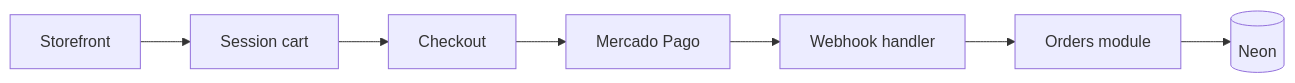
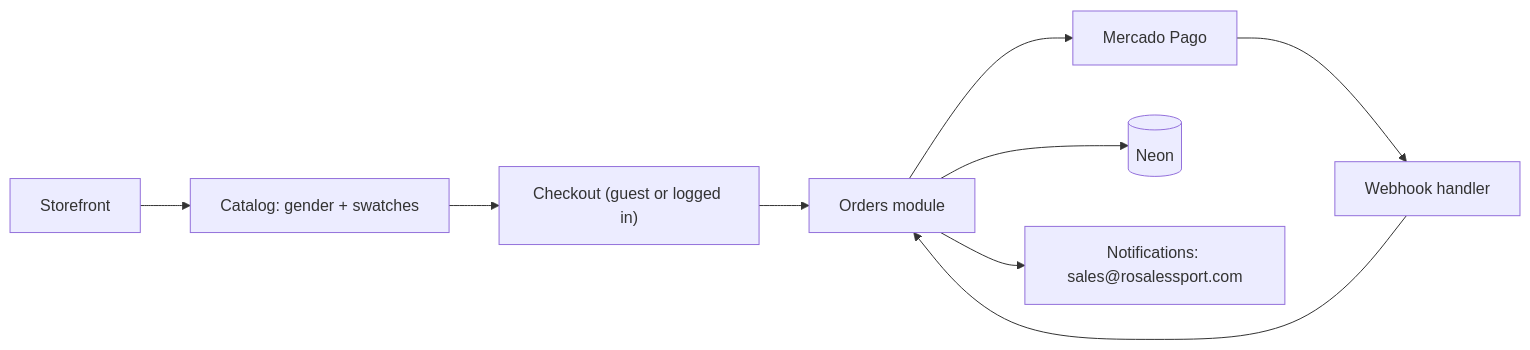
The fourth of 5 diagrams in docs/architecture/03-staged-delivery-roadmap.md (Eliath1/Rosales_Sport), drawn with Mermaid before and after one commit. The commit also changed other lines of this file and 484 other files, not shown here.

First line of the commit message:
Add Next.js CRM app, complete Stage D demo build-out, and architecture docs

````diff
--- a/docs/architecture/03-staged-delivery-roadmap.md
+++ b/docs/architecture/03-staged-delivery-roadmap.md
@@ -189,9 +195,11 @@
 ```mermaid
 flowchart LR
-  Store[Storefront] --> Cart[Session cart]
-  Cart --> Checkout[Checkout]
-  Checkout --> MP[Mercado Pago]
+  Store[Storefront] --> Catalog2["Catalog: gender + swatches"]
+  Catalog2 --> Checkout["Checkout (guest or logged in)"]
+  Checkout --> Orders[Orders module]
+  Orders --> MP[Mercado Pago]
   MP --> WH[Webhook handler]
-  WH --> Orders[Orders module]
+  WH --> Orders
   Orders --> Neon[(Neon)]
+  Orders --> Notify["Notifications: sales@rosalessport.com"]
 ```
````
